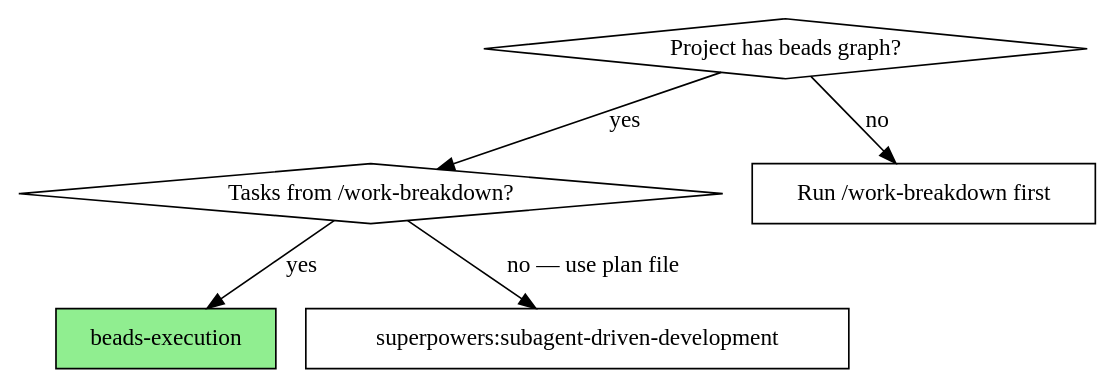
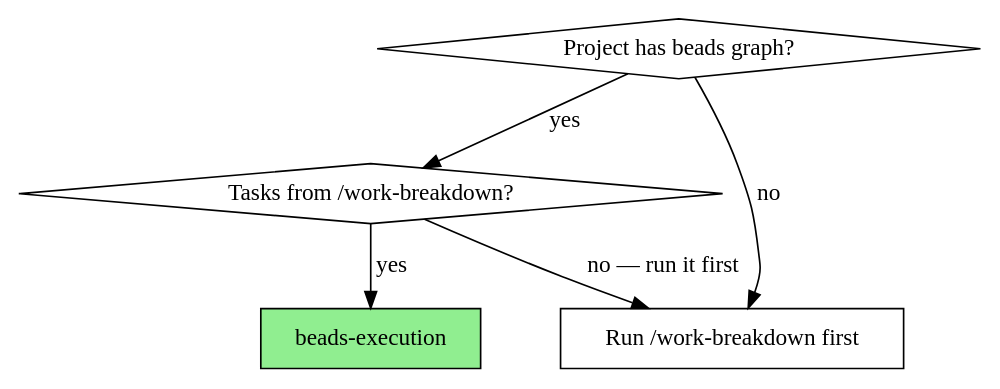
One commit to alexander-vyh/escapement changed the first of 2 diagrams in claude/skills/beads-execution/SKILL.md. Above: the diagram before and after it, drawn with Graphviz. The commit also changed other lines of this file and 5 other files, not shown here.

````diff
--- a/claude/skills/beads-execution/SKILL.md
+++ b/claude/skills/beads-execution/SKILL.md
@@ -25,14 +25,13 @@
 ```dot
 digraph when_to_use {
     "Project has beads graph?" [shape=diamond];
     "Tasks from /work-breakdown?" [shape=diamond];
     "beads-execution" [shape=box, style=filled, fillcolor=lightgreen];
-    "superpowers:subagent-driven-development" [shape=box];
     "Run /work-breakdown first" [shape=box];
 
     "Project has beads graph?" -> "Tasks from /work-breakdown?" [label="yes"];
     "Project has beads graph?" -> "Run /work-breakdown first" [label="no"];
     "Tasks from /work-breakdown?" -> "beads-execution" [label="yes"];
-    "Tasks from /work-breakdown?" -> "superpowers:subagent-driven-development" [label="no — use plan file"];
+    "Tasks from /work-breakdown?" -> "Run /work-breakdown first" [label="no — run it first"];
 }
 ```
````
